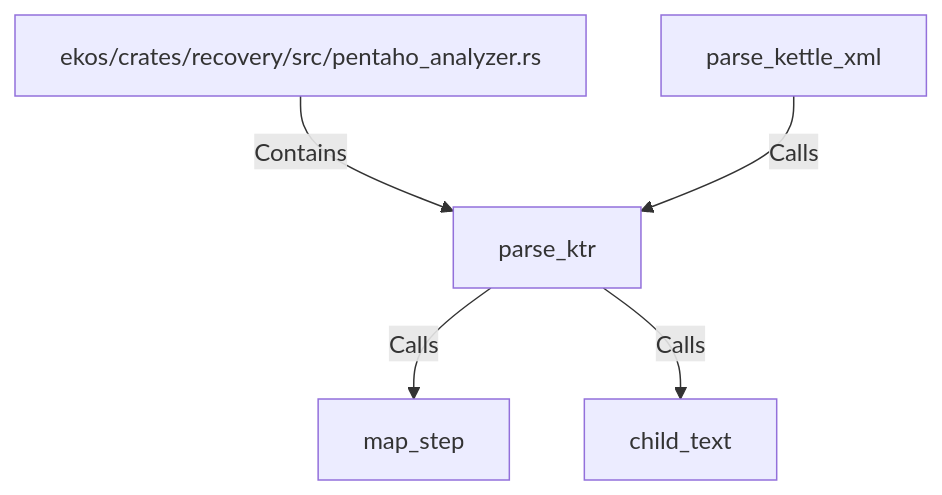
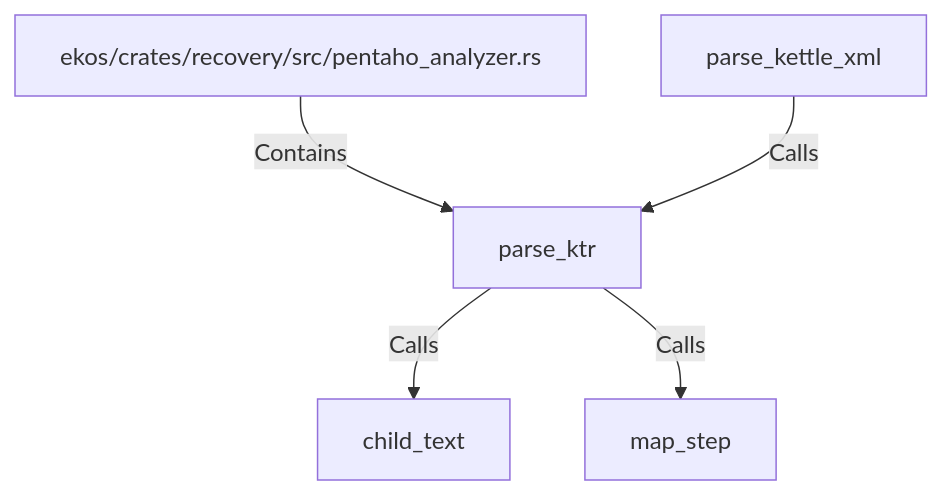
Before and after one commit to alexeyban/EKOS: the diagram in doc/entities/rustsymbol/pa/parse-ktr.md, drawn with Mermaid. The commit also changed other lines of this file and 552 other files, not shown here.

````diff
--- a/doc/entities/rustsymbol/pa/parse-ktr.md
+++ b/doc/entities/rustsymbol/pa/parse-ktr.md
@@ -23,12 +23,12 @@
 ```mermaid
 graph TD
     nac857c0ae7e15b8d972ddd8184852f15["parse_ktr"]
     nce3d2f1be1c655d792bcc1b69f76dbca["ekos/crates/recovery/src/pentaho_analyzer.rs"]
     nce3d2f1be1c655d792bcc1b69f76dbca -->|Contains| nac857c0ae7e15b8d972ddd8184852f15
     nb954f76cb28d578ba82bcf5b8d11dec0["parse_kettle_xml"]
     nb954f76cb28d578ba82bcf5b8d11dec0 -->|Calls| nac857c0ae7e15b8d972ddd8184852f15
+    nf70791eabde457ab8af1ccc69fa9f5a7["child_text"]
+    nac857c0ae7e15b8d972ddd8184852f15 -->|Calls| nf70791eabde457ab8af1ccc69fa9f5a7
     n47faefae62225ae2a4a99ec080997290["map_step"]
     nac857c0ae7e15b8d972ddd8184852f15 -->|Calls| n47faefae62225ae2a4a99ec080997290
-    nf70791eabde457ab8af1ccc69fa9f5a7["child_text"]
-    nac857c0ae7e15b8d972ddd8184852f15 -->|Calls| nf70791eabde457ab8af1ccc69fa9f5a7
 ```
````
